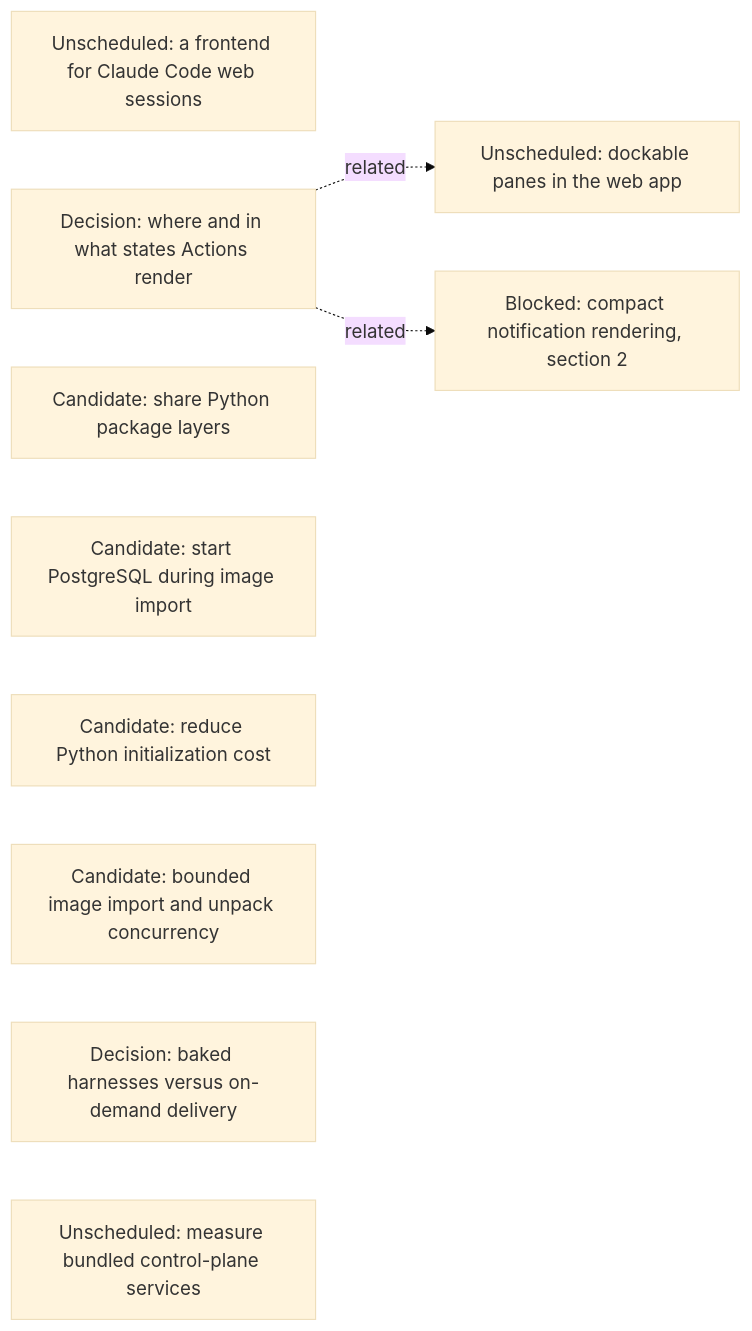
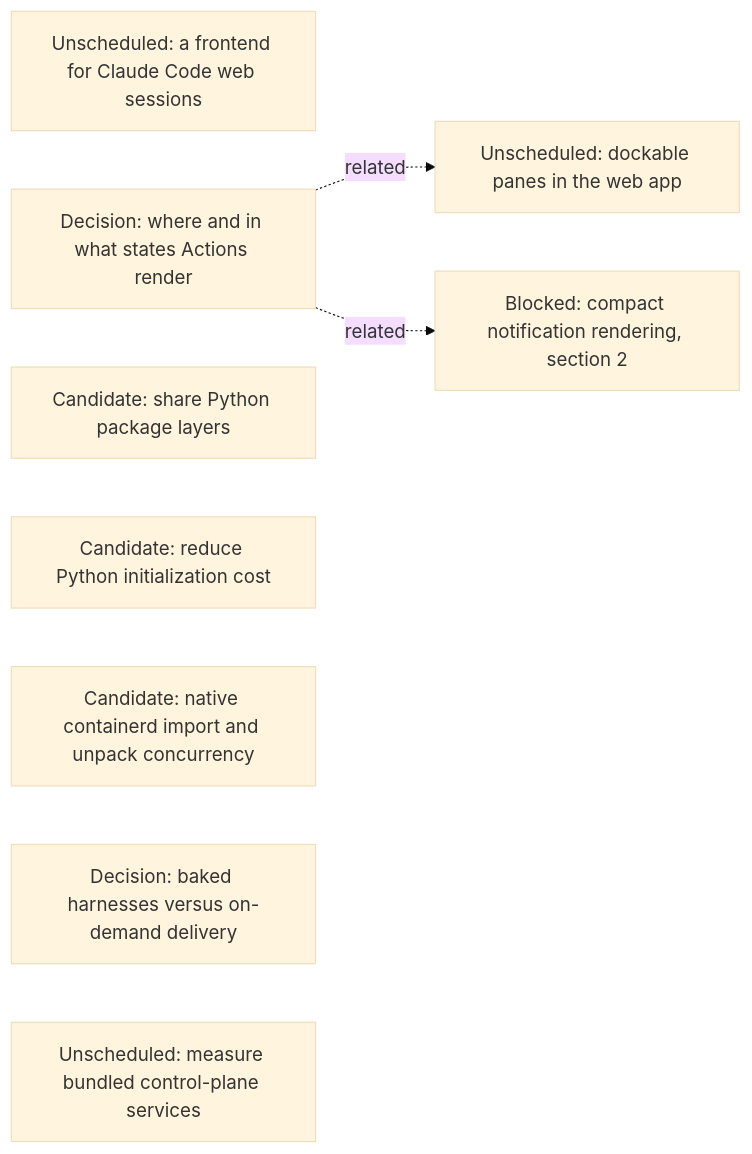
The seventh of 16 diagrams in agentplane/plans/task_dag.md (agentydragon/ducktape), drawn with Mermaid (base theme) before and after one commit. The commit also changed other lines of this file, not shown here.

Commit message:
docs(agentplane): keep k3s startup orchestration declarative

````diff
--- a/agentplane/plans/task_dag.md
+++ b/agentplane/plans/task_dag.md
@@ -583,15 +583,14 @@
 ```mermaid
 flowchart LR
     CLAUDE_CODE_WEB_BRIDGE[Unscheduled: a frontend for Claude Code web sessions]
     ACTION_SURFACES_DESIGN[Decision: where and in what states Actions render]
     K3S_SHARED_PACKAGE_LAYERS[Candidate: share Python package layers]
-    K3S_DATABASE_STARTUP_OVERLAP[Candidate: start PostgreSQL during image import]
     K3S_PYTHON_INITIALIZATION[Candidate: reduce Python initialization cost]
-    K3S_IMPORT_CONCURRENCY[Candidate: bounded image import and unpack concurrency]
+    K3S_IMPORT_CONCURRENCY[Candidate: native containerd import and unpack concurrency]
     RUNNER_HARNESS_DELIVERY_DESIGN[Decision: baked harnesses versus on-demand delivery]
     K3S_BUNDLED_SERVICES_SPIKE[Unscheduled: measure bundled control-plane services]
     DOCKABLE_PANES[Unscheduled: dockable panes in the web app]
     ACTION_SURFACES_DESIGN -. related .-> DOCKABLE_PANES
     NOTIFICATION_PRESENTATION[Blocked: compact notification rendering, section 2]
     ACTION_SURFACES_DESIGN -. related .-> NOTIFICATION_PRESENTATION
 ```
````
